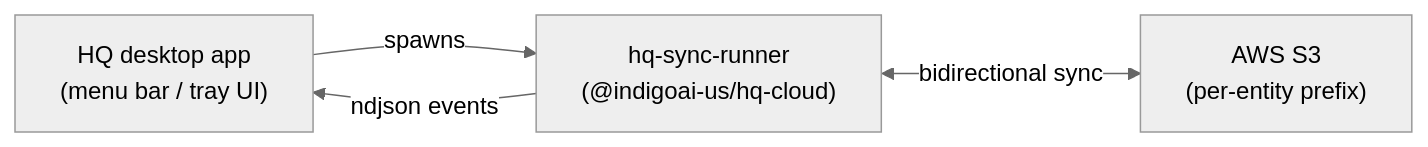
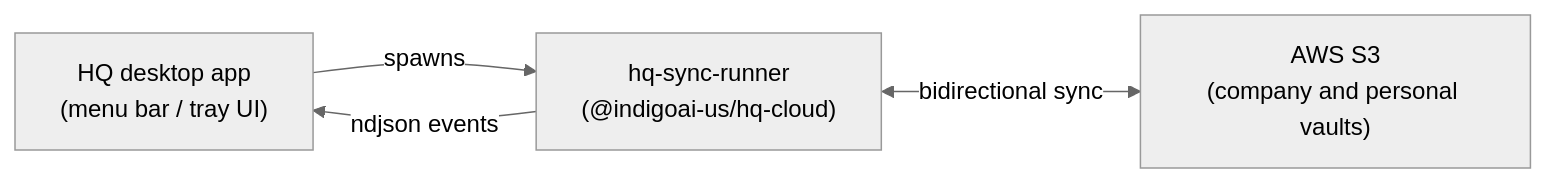
One commit to indigoai-us/indigo-docs changed the first of 2 diagrams in src/content/docs/hq/products/hq-sync.mdx. Above: the diagram before and after it, drawn with Mermaid (neutral theme). The commit also changed other lines of this file and 92 other files, not shown here.

````diff
--- a/src/content/docs/hq/products/hq-sync.mdx
+++ b/src/content/docs/hq/products/hq-sync.mdx
@@ -39,6 +40,6 @@
 ```mermaid
 graph LR
     tray["HQ desktop app<br/>(menu bar / tray UI)"] -->|spawns| runner["hq-sync-runner<br/>(@indigoai-us/hq-cloud)"]
-    runner <-->|bidirectional sync| s3["AWS S3<br/>(per-entity prefix)"]
+    runner <-->|bidirectional sync| s3["AWS S3<br/>(company and personal vaults)"]
     runner -->|ndjson events| tray
 ```
````
